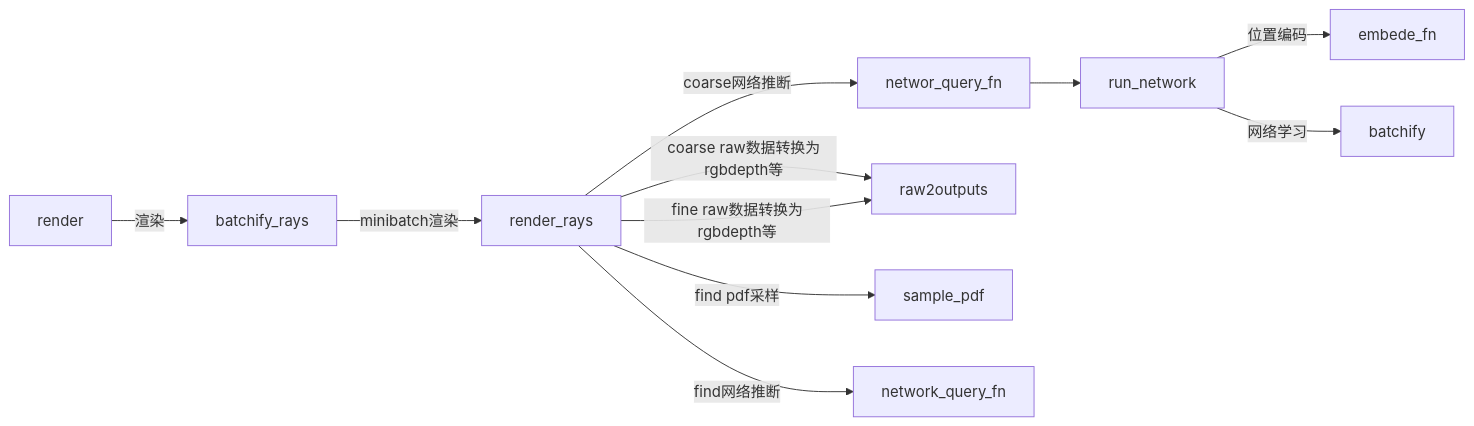
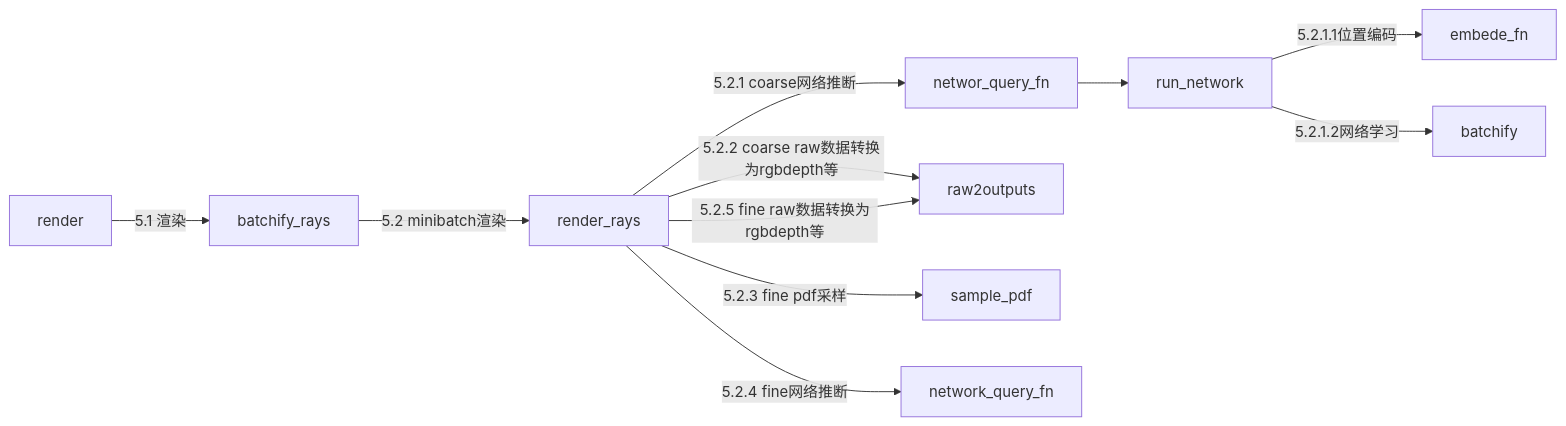
One commit to KuanqiCai/Reading-Notes changed the fifth of 5 diagrams in SLAM_ROS_SFM/NeRF.md. Above: the diagram before and after it, drawn with Mermaid. The commit also changed other lines of this file, not shown here.

Commit message:
处理自己的数据

````diff
--- a/SLAM_ROS_SFM/NeRF.md
+++ b/SLAM_ROS_SFM/NeRF.md
@@ -335,13 +351,13 @@
 ```mermaid
 flowchart LR
-	render-->|渲染|batchify_rays
-	batchify_rays-->|minibatch渲染|render_rays
-	render_rays-->|coarse网络推断|networ_query_fn
-	render_rays-->|coarse raw数据转换为rgbdepth等|raw2outputs
-	render_rays-->|find pdf采样|sample_pdf
-	render_rays-->|find网络推断|network_query_fn
-	render_rays-->|fine raw数据转换为rgbdepth等|raw2outputs
+	render-->|5.1 渲染|batchify_rays
+	batchify_rays-->|5.2 minibatch渲染|render_rays
+	render_rays-->|5.2.1 coarse网络推断|networ_query_fn
+	render_rays-->|5.2.2 coarse raw数据转换为rgbdepth等|raw2outputs
+	render_rays-->|5.2.3 fine pdf采样|sample_pdf
+	render_rays-->|5.2.4 fine网络推断|network_query_fn
+	render_rays-->|5.2.5 fine raw数据转换为rgbdepth等|raw2outputs
 	networ_query_fn-->run_network
-	run_network-->|位置编码|embede_fn
-	run_network-->|网络学习|batchify
+	run_network-->|5.2.1.1位置编码|embede_fn
+	run_network-->|5.2.1.2网络学习|batchify
 ```
````
